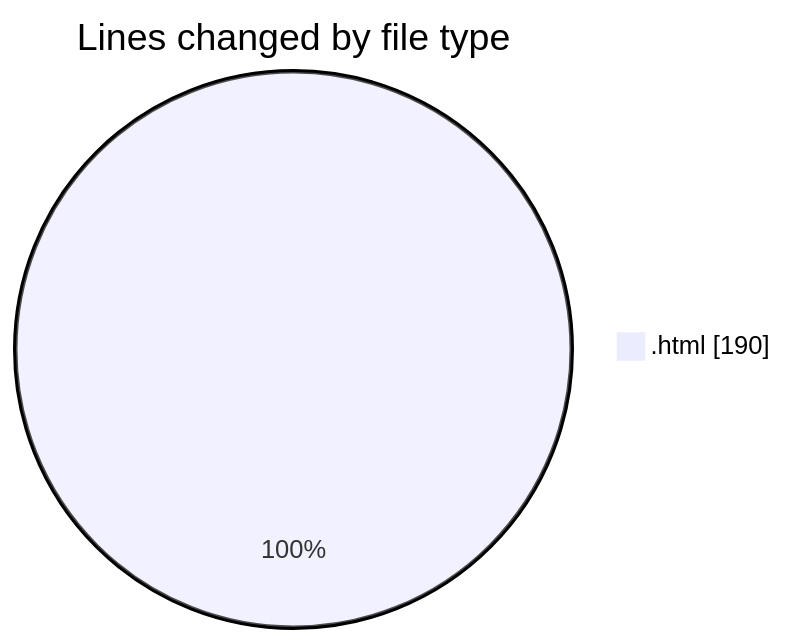
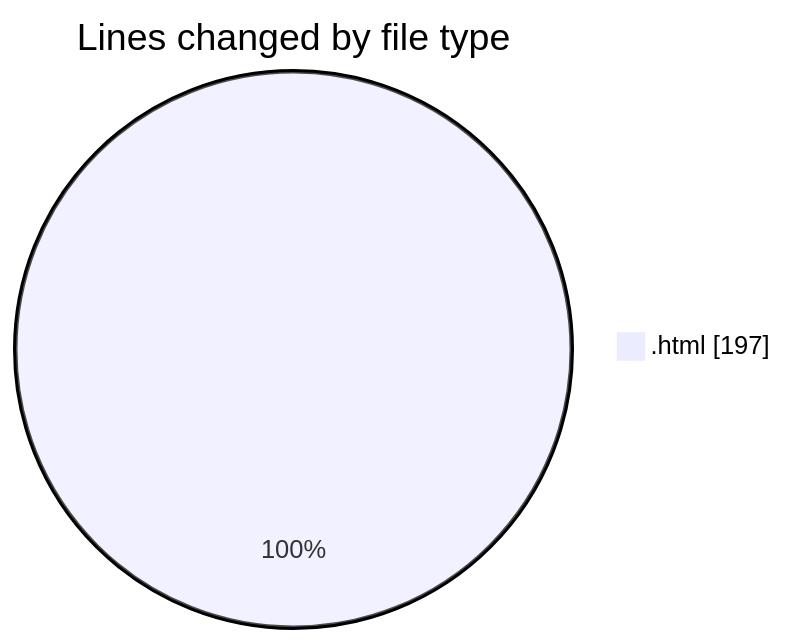
One commit to nxtqubesakshisongat/code-tracking changed the first of 2 diagrams in 2025-08-10/nxtqube_webapp/README.md. Above: the diagram before and after it, drawn with Mermaid. The commit also changed other lines of this file and 1 other file, not shown here.

````diff
--- a/2025-08-10/nxtqube_webapp/README.md
+++ b/2025-08-10/nxtqube_webapp/README.md
@@ -21,5 +21,5 @@
 ```mermaid
 pie showData
 title Lines changed by file type
-".html" : 190
+".html" : 197
 ```
````
